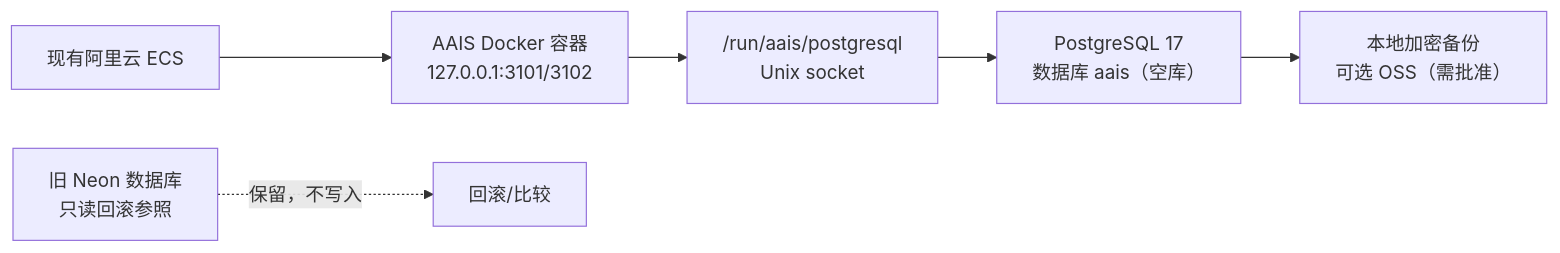
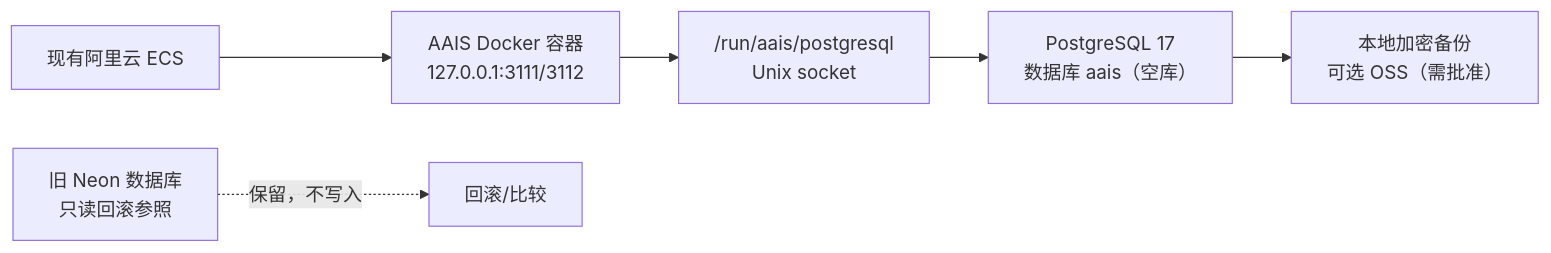
One commit to HUDongpin/AAIS changed the diagram in docs/aliyun-postgres-empty-runbook.md. Above: the diagram before and after it, drawn with Mermaid. The commit also changed 8 other files, not shown here.

````diff
--- a/docs/aliyun-postgres-empty-runbook.md
+++ b/docs/aliyun-postgres-empty-runbook.md
@@ -24,8 +24,8 @@
 ```mermaid
 flowchart LR
-  ECS["现有阿里云 ECS"] --> App["AAIS Docker 容器\n127.0.0.1:3101/3102"]
+  ECS["现有阿里云 ECS"] --> App["AAIS Docker 容器\n127.0.0.1:3111/3112"]
   App --> Socket["/run/aais/postgresql\nUnix socket"]
   Socket --> PG["PostgreSQL 17\n数据库 aais（空库）"]
   PG --> Backup["本地加密备份\n可选 OSS（需批准）"]
   Neon["旧 Neon 数据库\n只读回滚参照"] -. 保留，不写入 .-> Rollback["回滚/比较"]
 ```
````
